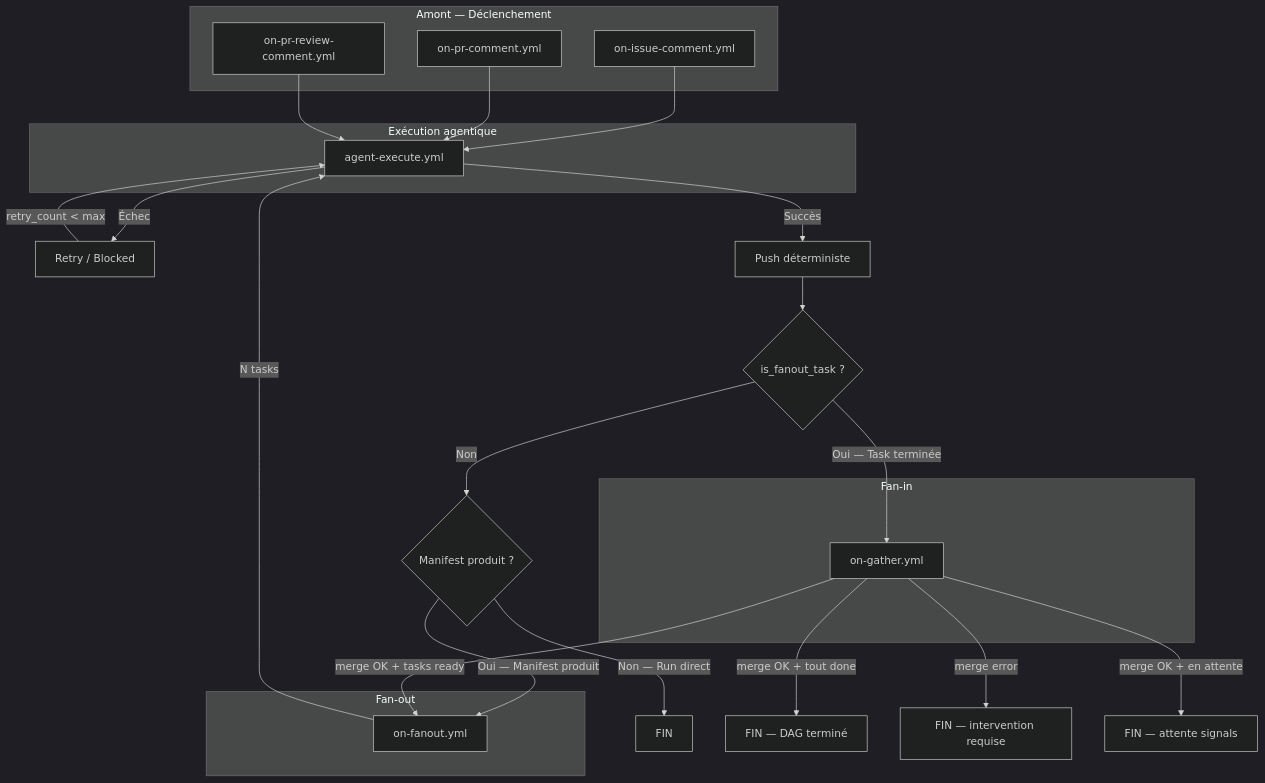
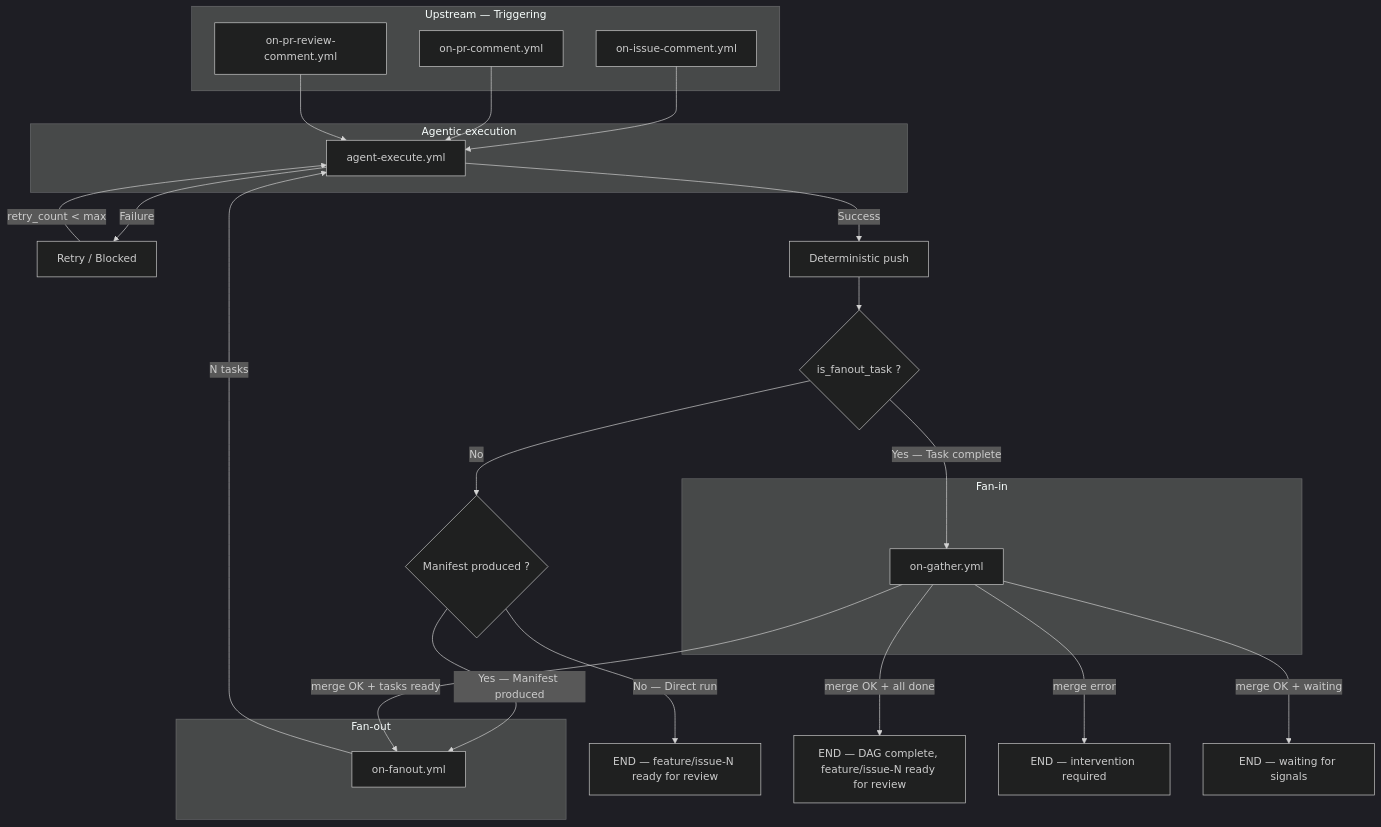
One commit to dsissoko/oneticket-core changed the diagram in .oneticket/docs/what/workflow-spec.md. Above: the diagram before and after it, drawn with Mermaid (dark theme). The commit also changed other lines of this file, not shown here.

````diff
--- a/.oneticket/docs/what/workflow-spec.md
+++ b/.oneticket/docs/what/workflow-spec.md
@@ -478,45 +480,45 @@
 ```mermaid
 flowchart TD
 
-    subgraph AMONT["Amont — Déclenchement"]
+    subgraph AMONT["Upstream — Triggering"]
         ISSUE["on-issue-comment.yml"]
         PR["on-pr-comment.yml"]
         REVIEW["on-pr-review-comment.yml"]
     end
 
-    subgraph EXEC_BOX["Exécution agentique"]
+    subgraph EXEC_BOX["Agentic execution"]
         EXEC["agent-execute.yml"]
     end
 
     subgraph FANOUT_BOX["Fan-out"]
         FANOUT["on-fanout.yml"]
     end
 
     subgraph FANIN_BOX["Fan-in"]
         GATHER["on-gather.yml"]
     end
 
     ISSUE --> EXEC
     PR --> EXEC
     REVIEW --> EXEC
 
-    EXEC -->|"Échec"| RETRY["Retry / Blocked"]
+    EXEC -->|"Failure"| RETRY["Retry / Blocked"]
     RETRY -->|"retry_count < max"| EXEC
 
-    EXEC -->|"Succès"| PUSH["Push déterministe"]
+    EXEC -->|"Success"| PUSH["Deterministic push"]
 
     PUSH --> ISFANOUT{"is_fanout_task ?"}
 
-    ISFANOUT -->|"Oui — Task terminée"| GATHER
-    ISFANOUT -->|"Non"| MANIFESTCHECK{"Manifest produit ?"}
+    ISFANOUT -->|"Yes — Task complete"| GATHER
+    ISFANOUT -->|"No"| MANIFESTCHECK{"Manifest produced ?"}
 
-    MANIFESTCHECK -->|"Oui — Manifest produit"| FANOUT
-    MANIFESTCHECK -->|"Non — Run direct"| END_SIMPLE["FIN"]
+    MANIFESTCHECK -->|"Yes — Manifest produced"| FANOUT
+    MANIFESTCHECK -->|"No — Direct run"| END_SIMPLE["END — feature/issue-N ready for review"]
 
     FANOUT -->|"N tasks"| EXEC
 
     GATHER -->|"merge OK + tasks ready"| FANOUT
-    GATHER -->|"merge OK + tout done"| DONE["FIN — DAG terminé"]
-    GATHER -->|"merge error"| ERROR["FIN — intervention requise"]
-    GATHER -->|"merge OK + en attente"| WAIT["FIN — attente signals"]
+    GATHER -->|"merge OK + all done"| DONE["END — DAG complete, feature/issue-N ready for review"]
+    GATHER -->|"merge error"| ERROR["END — intervention required"]
+    GATHER -->|"merge OK + waiting"| WAIT["END — waiting for signals"]
 ```
````
